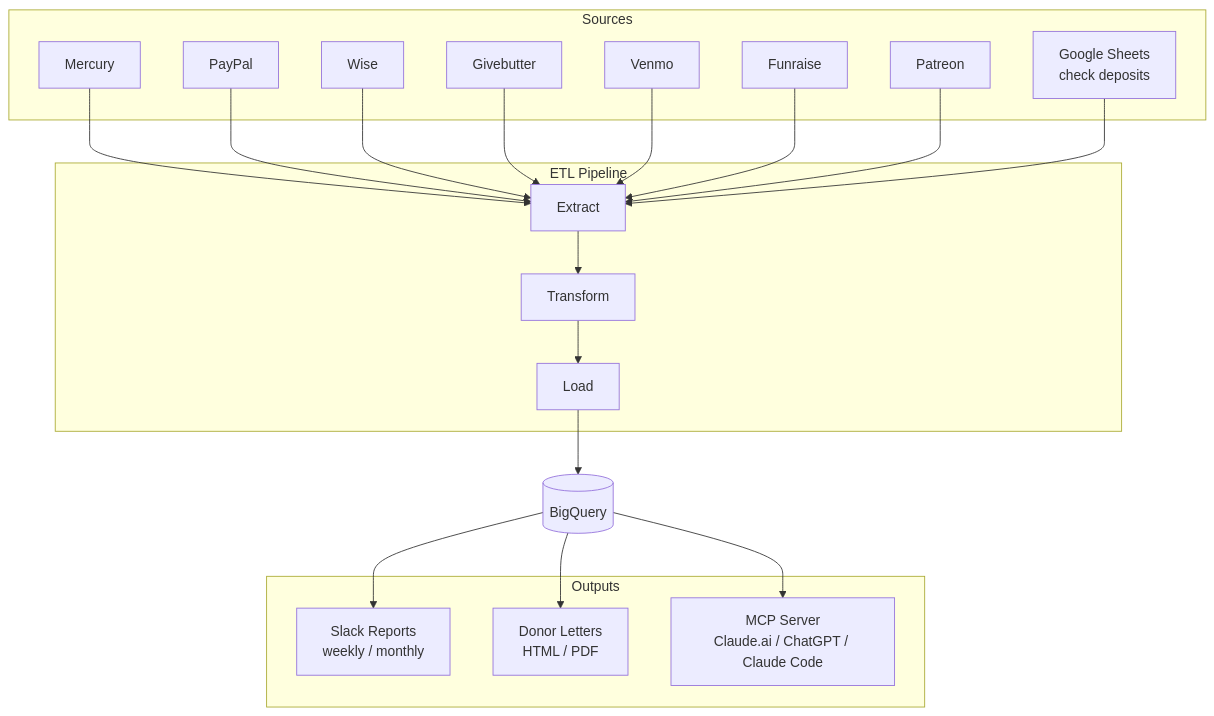
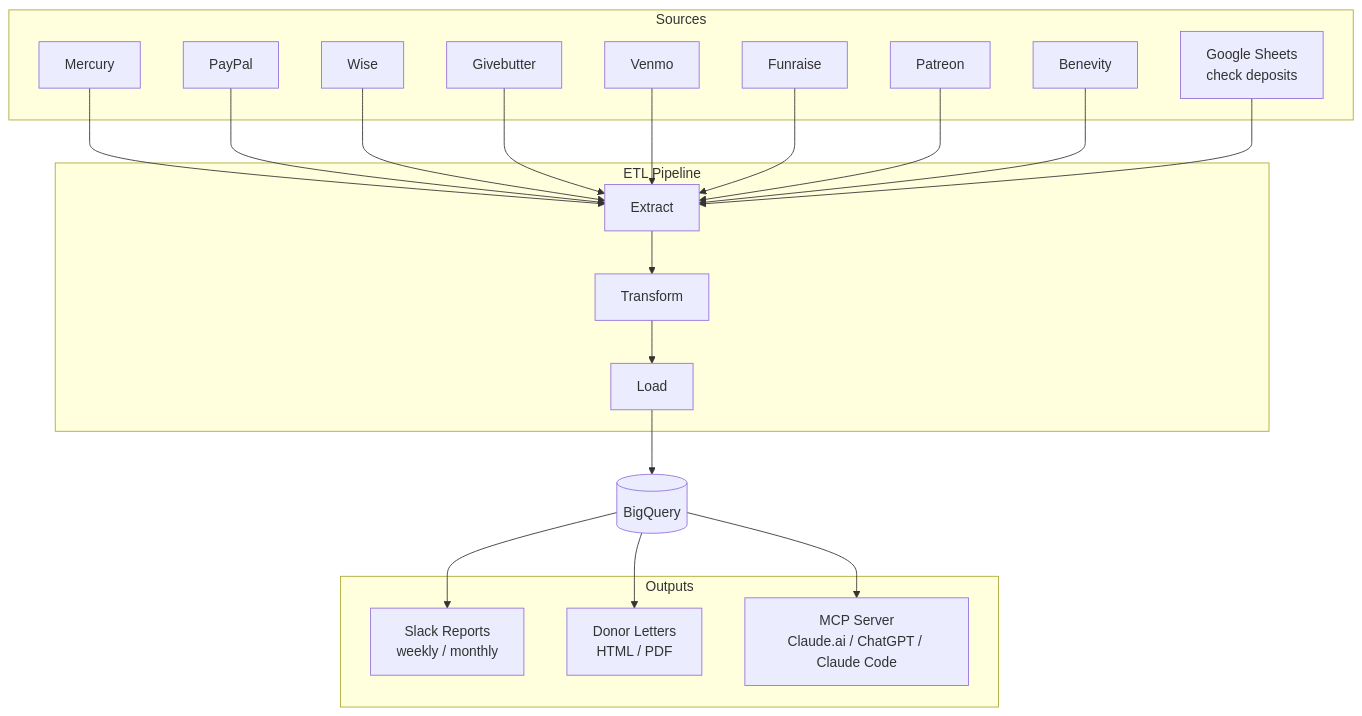
The diagram in README.md (vgeshel/nonprofit-toolkit), drawn with Mermaid before and after one commit. The commit also changed other lines of this file and 29 other files, not shown here.

````diff
--- a/README.md
+++ b/README.md
@@ -11,29 +11,30 @@
 ```mermaid
 graph TD
     subgraph Sources
         Mercury
         PayPal
         Wise
         Givebutter
         Venmo
         Funraise
         Patreon
+        Benevity
         Sheets[Google Sheets<br/>check deposits]
     end
 
     subgraph ETL Pipeline
         Extract --> Transform --> Load
     end
 
     subgraph Outputs
         Slack[Slack Reports<br/>weekly / monthly]
         Letters[Donor Letters<br/>HTML / PDF]
         MCP[MCP Server<br/>Claude.ai / ChatGPT / Claude Code]
     end
 
-    Mercury & PayPal & Wise & Givebutter & Venmo & Funraise & Patreon & Sheets --> Extract
+    Mercury & PayPal & Wise & Givebutter & Venmo & Funraise & Patreon & Benevity & Sheets --> Extract
     Load --> BQ[(BigQuery)]
     BQ --> Slack
     BQ --> Letters
     BQ --> MCP
 ```
````
